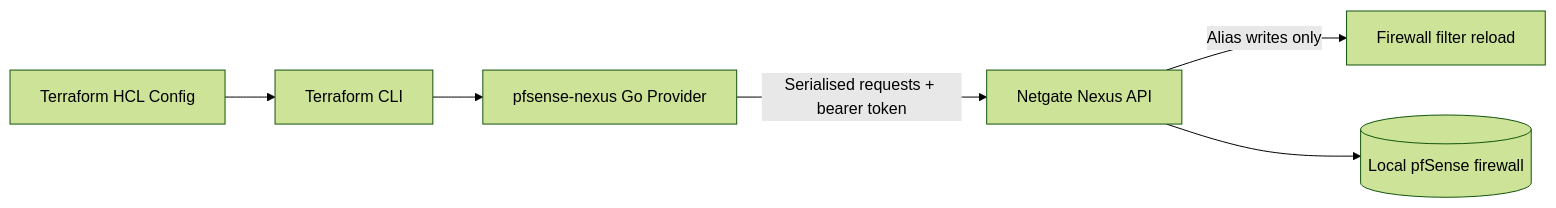
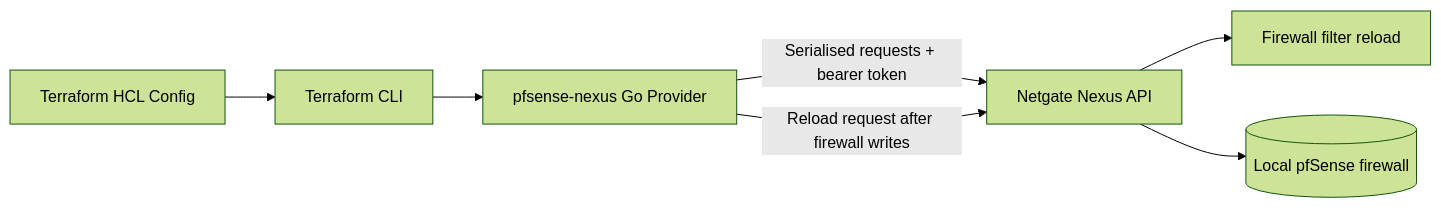
The diagram in BRD.md (geo-gaussian/pfsense-provider), drawn with Mermaid (forest theme) before and after one commit. The commit also changed other lines of this file and 97 other files, not shown here.

````diff
--- a/BRD.md
+++ b/BRD.md
@@ -87,8 +91,9 @@
 ```mermaid
 flowchart LR
     HCL[Terraform HCL Config] --> TF[Terraform CLI]
     TF --> Provider[pfsense-nexus Go Provider]
     Provider -->|Serialised requests + bearer token| API[Netgate Nexus API]
-    API -->|Alias writes only| Reload[Firewall filter reload]
+    Provider -->|Reload request after firewall writes| API
+    API --> Reload[Firewall filter reload]
     API --> Router[(Local pfSense firewall)]
 ```
````
